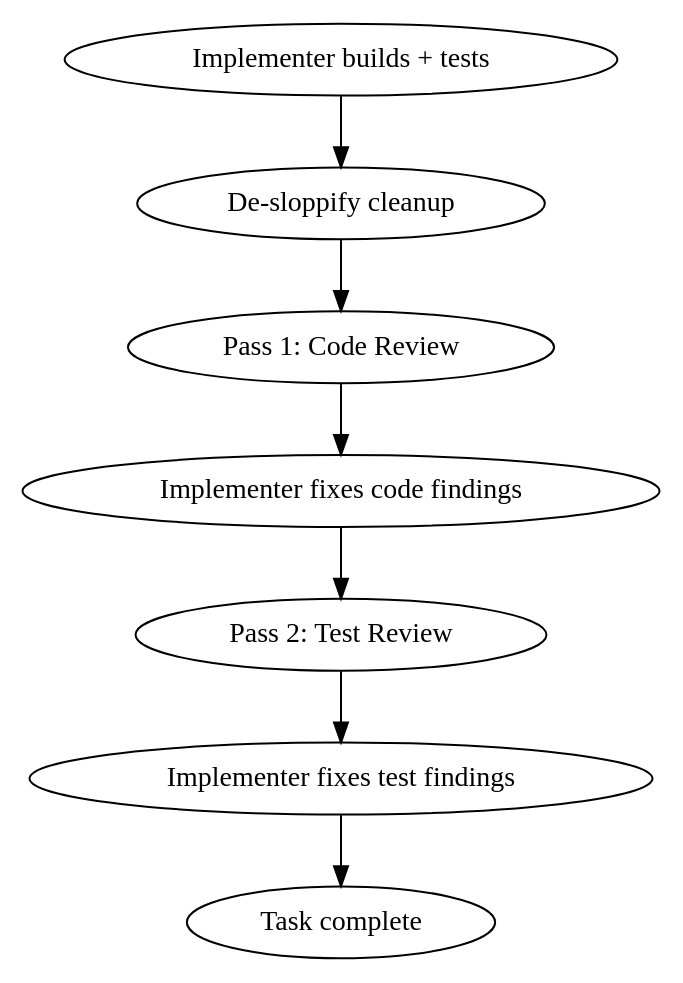
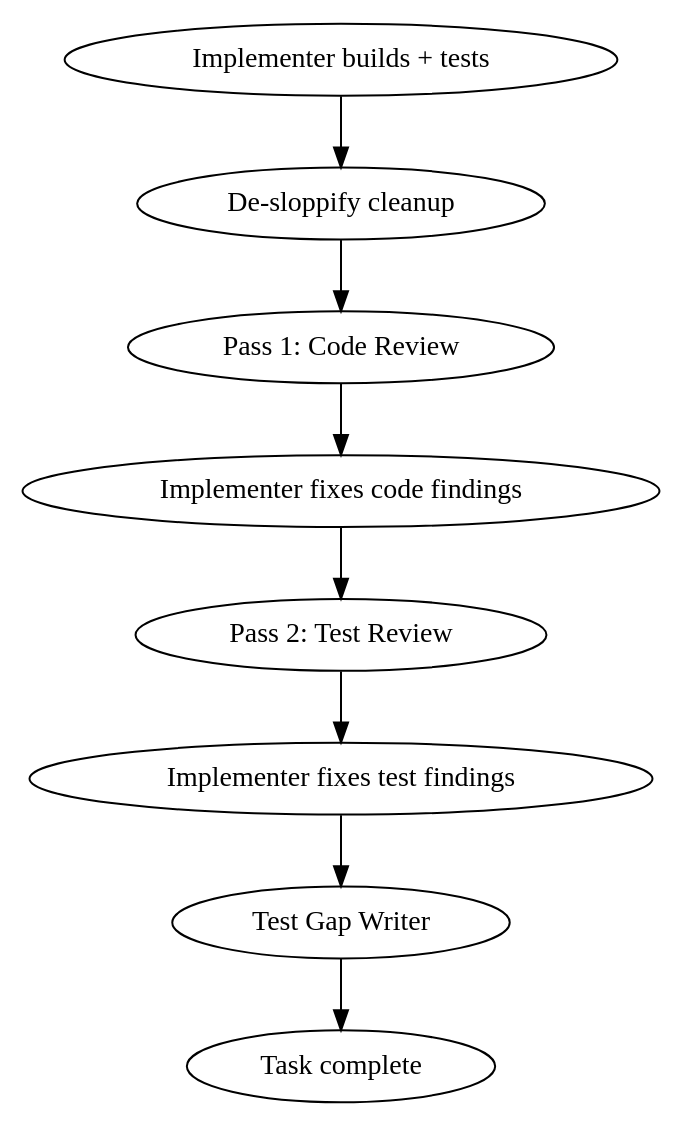
Before and after one commit to coreyfloyd/crucible: the diagram in skills/build/SKILL.md, drawn with Graphviz. The commit also changed other lines of this file and 3 other files, not shown here.

Commit message:
feat: add test gap writer step to build Phase 3

````diff
--- a/skills/build/SKILL.md
+++ b/skills/build/SKILL.md
@@ -195,10 +195,11 @@
 ```dot
 digraph review {
   "Implementer builds + tests" -> "De-sloppify cleanup";
   "De-sloppify cleanup" -> "Pass 1: Code Review";
   "Pass 1: Code Review" -> "Implementer fixes code findings";
   "Implementer fixes code findings" -> "Pass 2: Test Review";
   "Pass 2: Test Review" -> "Implementer fixes test findings";
-  "Implementer fixes test findings" -> "Task complete";
+  "Implementer fixes test findings" -> "Test Gap Writer";
+  "Test Gap Writer" -> "Task complete";
 }
 ```
````
